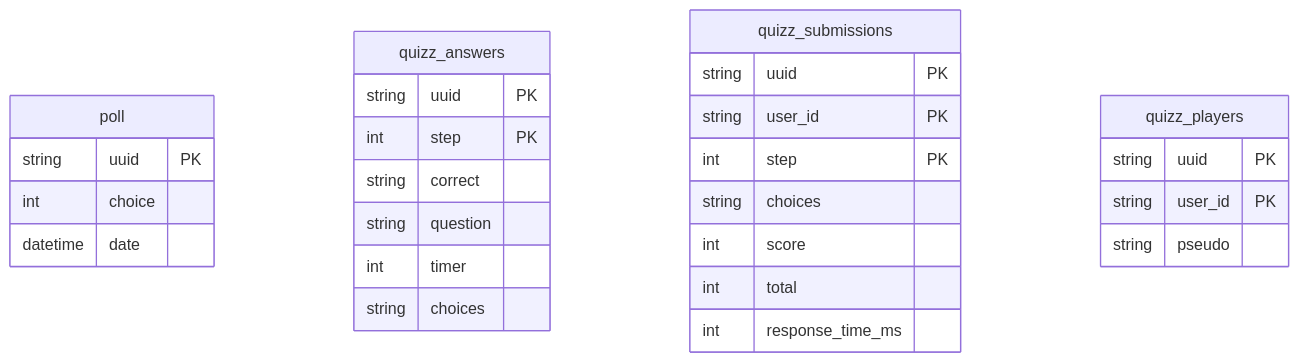
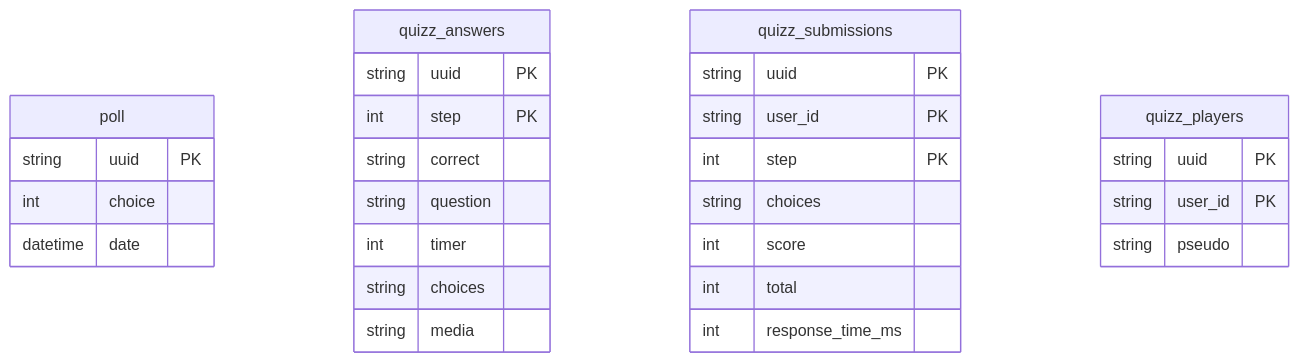
Before and after one commit to gouz/pollux: the second of 2 diagrams in docs/explanation/architecture.md, drawn with Mermaid. The commit also changed 13 other files, not shown here.

````diff
--- a/docs/explanation/architecture.md
+++ b/docs/explanation/architecture.md
@@ -58,33 +58,34 @@
 ```mermaid
 erDiagram
   poll {
     string uuid PK
     int choice
     datetime date
   }
 
   quizz_answers {
     string uuid PK
     int step PK
     string correct
     string question
     int timer
     string choices
+    string media
   }
 
   quizz_submissions {
     string uuid PK
     string user_id PK
     int step PK
     string choices
     int score
     int total
     int response_time_ms
   }
 
   quizz_players {
     string uuid PK
     string user_id PK
     string pseudo
   }
 ```
````
